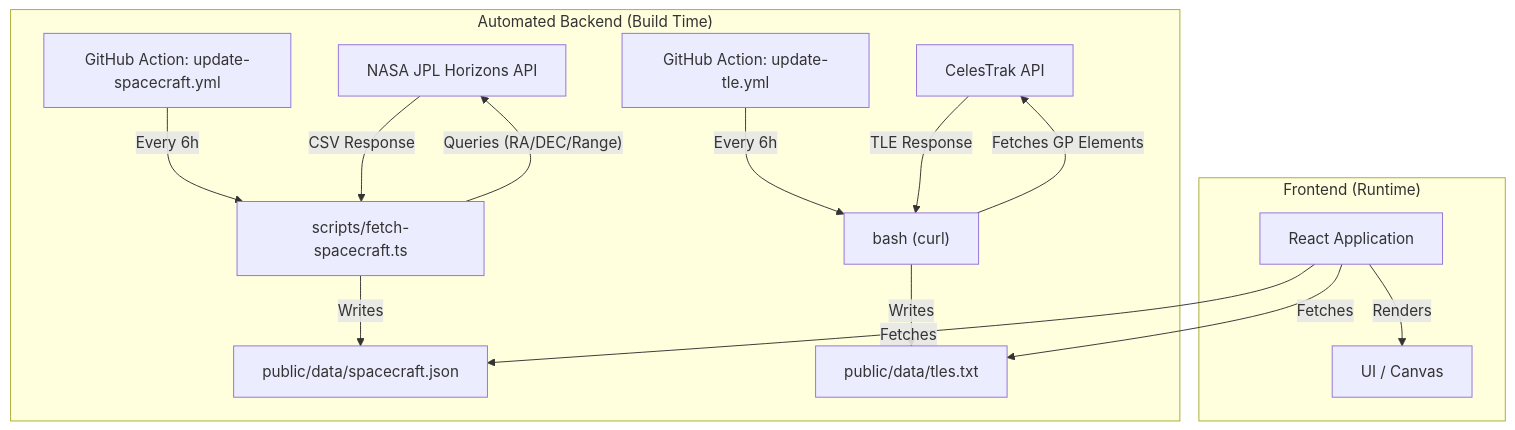
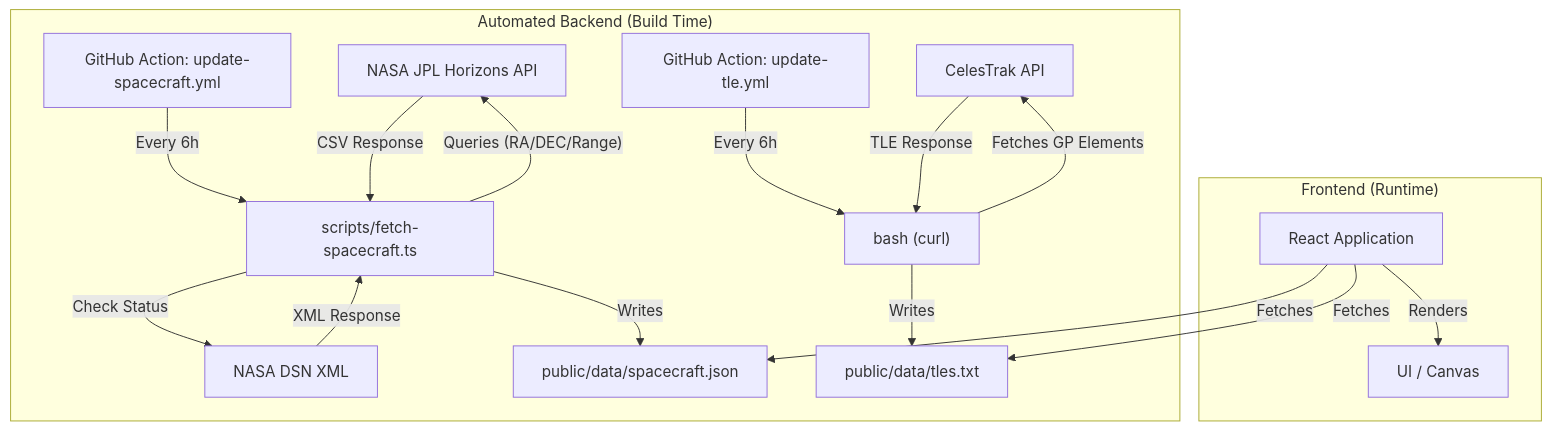
Before and after one commit to kohld/zenith: the diagram in README.md, drawn with Mermaid. The commit also changed other lines of this file, not shown here.

Commit message:
[DOCS] Update architecture diagram and description: - Add NASA DSN XML node to Mermaid architecture graph - Update automation section to mention DSN XML source in fetch script

````diff
--- a/README.md
+++ b/README.md
@@ -51,33 +51,38 @@
 ```mermaid
 graph TD
     NASA[NASA JPL Horizons API]
+    DSN[NASA DSN XML]
     CelesTrak[CelesTrak API]
     
     Script_Horizons[scripts/fetch-spacecraft.ts]
     Script_TLE["bash (curl)"]
     
     JSON_Spacecraft[public/data/spacecraft.json]
     TXT_TLE[public/data/tles.txt]
     
     App[React Application]
     Action_Horizons["GitHub Action: update-spacecraft.yml"]
     Action_TLE["GitHub Action: update-tle.yml"]
 
     subgraph "Automated Backend (Build Time)"
     Action_Horizons -- "Every 6h" --> Script_Horizons
     Script_Horizons -- "Queries (RA/DEC/Range)" --> NASA
     NASA -- "CSV Response" --> Script_Horizons
+    
+    Script_Horizons -- "Check Status" --> DSN
+    DSN -- "XML Response" --> Script_Horizons
+    
     Script_Horizons -- Writes --> JSON_Spacecraft
 
     Action_TLE -- Every 6h --> Script_TLE
     Script_TLE -- Fetches GP Elements --> CelesTrak
     CelesTrak -- TLE Response --> Script_TLE
     Script_TLE -- Writes --> TXT_TLE
     end
 
     subgraph "Frontend (Runtime)"
     App -- Fetches --> JSON_Spacecraft
     App -- Fetches --> TXT_TLE
     App -- Renders --> UI[UI / Canvas]
     end
 ```
````
